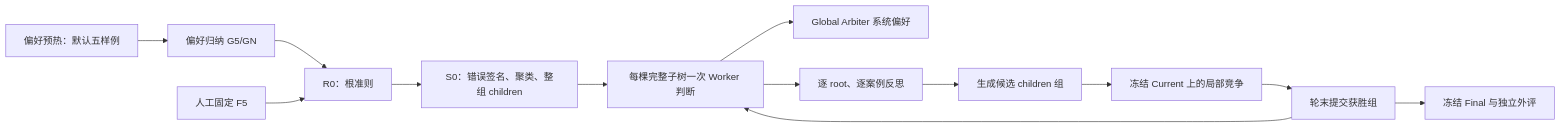
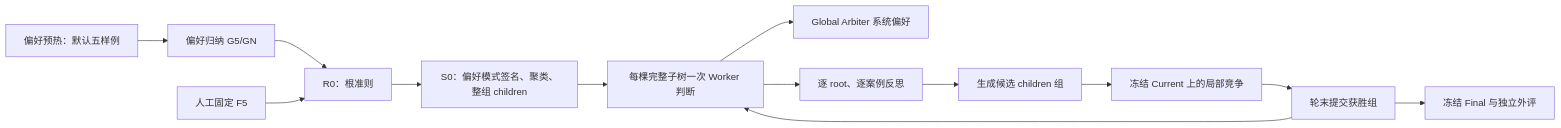
The diagram in docs/architecture.md (xiaoguaiwqx/02-Rubric), drawn with Mermaid before and after one commit. The commit also changed other lines of this file and 6 other files, not shown here.

````diff
--- a/docs/architecture.md
+++ b/docs/architecture.md
@@ -3,15 +3,15 @@
 ```mermaid
 flowchart LR
     W[偏好预热：默认五样例] --> G[偏好归纳 G5/GN]
     G --> R[R0：根准则]
     H[人工固定 F5] --> R
-    R --> S[S0：错误签名、聚类、整组 children]
+    R --> S[S0：偏好模式签名、聚类、整组 children]
     S --> E[每棵完整子树一次 Worker 判断]
     E --> A[Global Arbiter 系统偏好]
     E --> F[逐 root、逐案例反思]
     F --> C[生成候选 children 组]
     C --> L[冻结 Current 上的局部竞争]
     L --> U[轮末提交获胜组]
     U --> E
     U --> V[冻结 Final 与独立外评]
 ```
````
